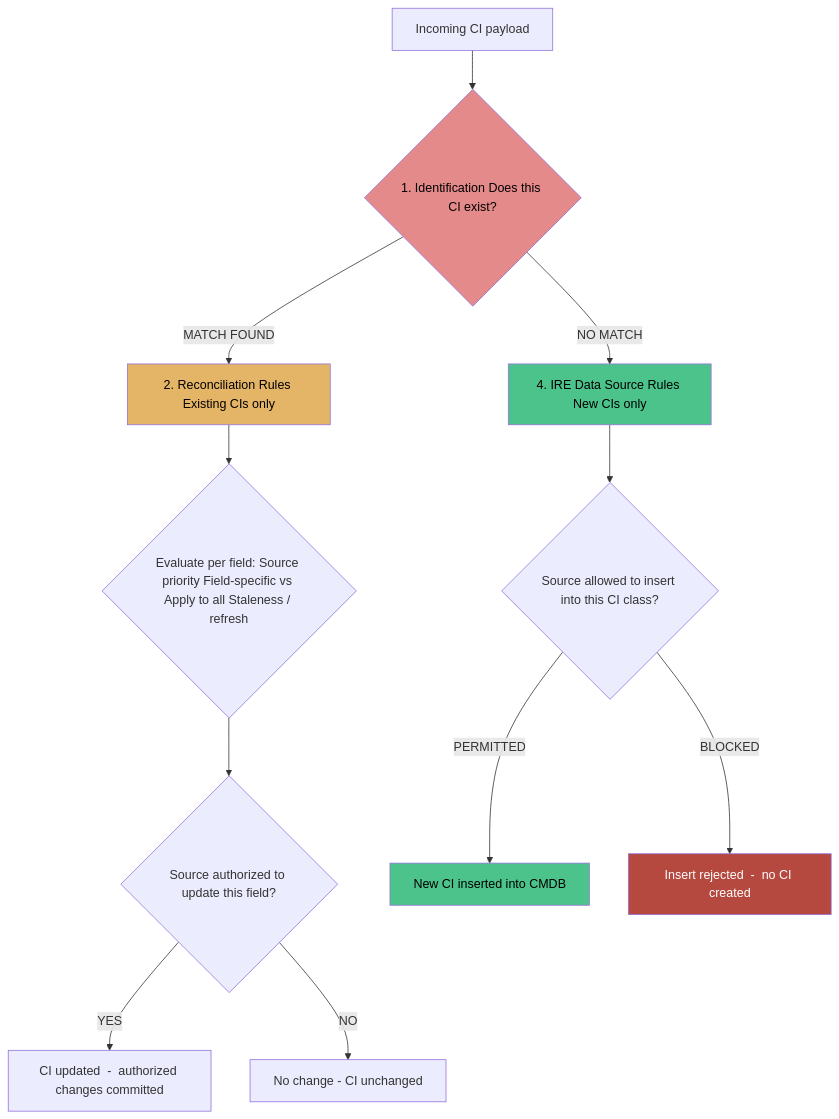
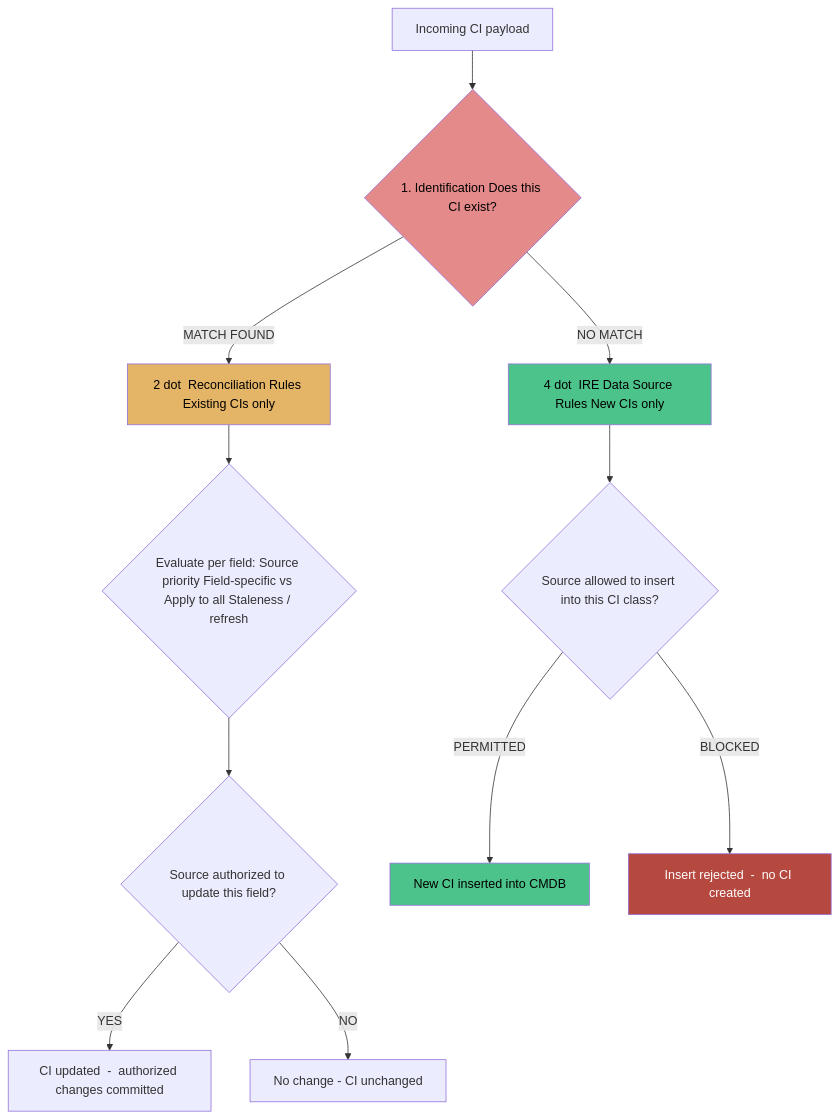
One commit to eltonaguiar/ServiceNow_Learning_TSOM-_CSM_FSM_SalesCRM_HAM_ITSM changed diagram 13 of 22 in docs/modules/cmdb/cmdb-guide.md. Above: the diagram before and after it, drawn with Mermaid. The commit also changed other lines of this file and 19 other files, not shown here.

Commit message:
Fix all Mermaid diagram special characters - replace dollar, parens, slashes, quotes, pipes, nested brackets and other unsafe chars inside brackets with safe alternatives across 19 files

````diff
--- a/docs/modules/cmdb/cmdb-guide.md
+++ b/docs/modules/cmdb/cmdb-guide.md
@@ -1351,19 +1351,19 @@
 ```mermaid
 flowchart TD
     IN[Incoming CI payload] --> IDR{1. Identification Does this CI exist?}
-    IDR -->|MATCH FOUND| REC[2. Reconciliation Rules Existing CIs only]
-    IDR -->|NO MATCH| DS[4. IRE Data Source Rules New CIs only]
+    IDR -->|MATCH FOUND| REC[2 dot  Reconciliation Rules Existing CIs only]
+    IDR -->|NO MATCH| DS[4 dot  IRE Data Source Rules New CIs only]
     REC --> RECON_EVAL{Evaluate per field: Source priority Field-specific vs Apply to all Staleness / refresh}
     RECON_EVAL --> AUTHORIZED{Source authorized to update this field?}
     AUTHORIZED -->|YES| UPDATE[CI updated  -  authorized changes committed]
     AUTHORIZED -->|NO| NOCHANGE[No change  -  CI unchanged]
     DS --> DS_CHECK{Source allowed to insert into this CI class?}
     DS_CHECK -->|PERMITTED| NEWCI[New CI inserted into CMDB]
     DS_CHECK -->|BLOCKED| REJECT[Insert rejected  -  no CI created]
     style IDR fill:#e58a8a,color:#000
     style REC fill:#e5b567,color:#000
     style DS fill:#4cc38a,color:#000
     style NEWCI fill:#4cc38a,color:#000
     style REJECT fill:#b5483f,color:#fff
 
 ```
````
